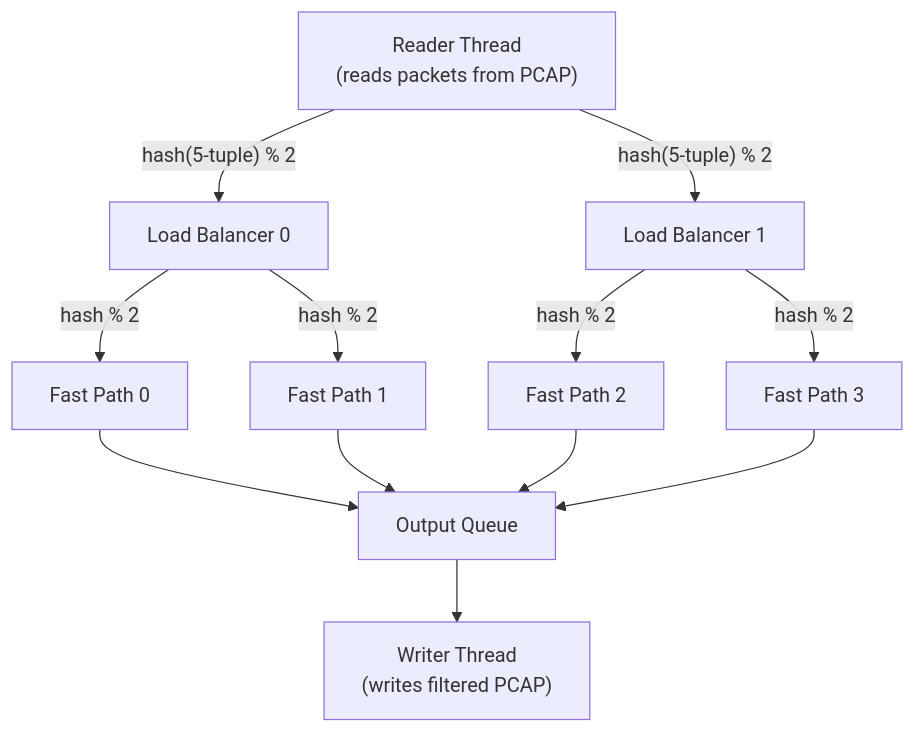
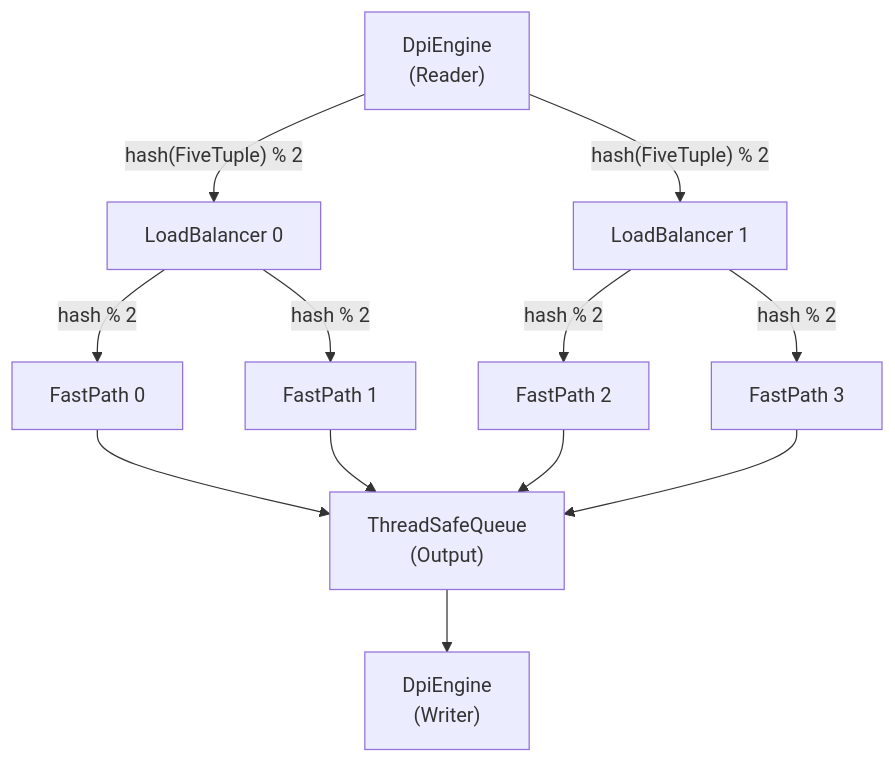
Before and after one commit to hemant2725/dpi-engine: the fifth of 7 diagrams in README.md, drawn with Mermaid. The commit also changed other lines of this file, not shown here.

````diff
--- a/README.md
+++ b/README.md
@@ -195,26 +181,26 @@
 ```mermaid
 flowchart TB
-    R["Reader Thread\n(reads packets from PCAP)"]
-    LB0["Load Balancer 0"]
-    LB1["Load Balancer 1"]
-    FP0["Fast Path 0"]
-    FP1["Fast Path 1"]
-    FP2["Fast Path 2"]
-    FP3["Fast Path 3"]
-    OQ["Output Queue"]
-    W["Writer Thread\n(writes filtered PCAP)"]
+    R["DpiEngine\n(Reader)"]
+    LB0["LoadBalancer 0"]
+    LB1["LoadBalancer 1"]
+    FP0["FastPath 0"]
+    FP1["FastPath 1"]
+    FP2["FastPath 2"]
+    FP3["FastPath 3"]
+    OQ["ThreadSafeQueue\n(Output)"]
+    W["DpiEngine\n(Writer)"]
 
-    R -->|"hash(5-tuple) % 2"| LB0
-    R -->|"hash(5-tuple) % 2"| LB1
+    R -->|"hash(FiveTuple) % 2"| LB0
+    R -->|"hash(FiveTuple) % 2"| LB1
 
     LB0 -->|"hash % 2"| FP0
     LB0 -->|"hash % 2"| FP1
     LB1 -->|"hash % 2"| FP2
     LB1 -->|"hash % 2"| FP3
 
     FP0 --> OQ
     FP1 --> OQ
     FP2 --> OQ
     FP3 --> OQ
     OQ --> W
 ```
````
